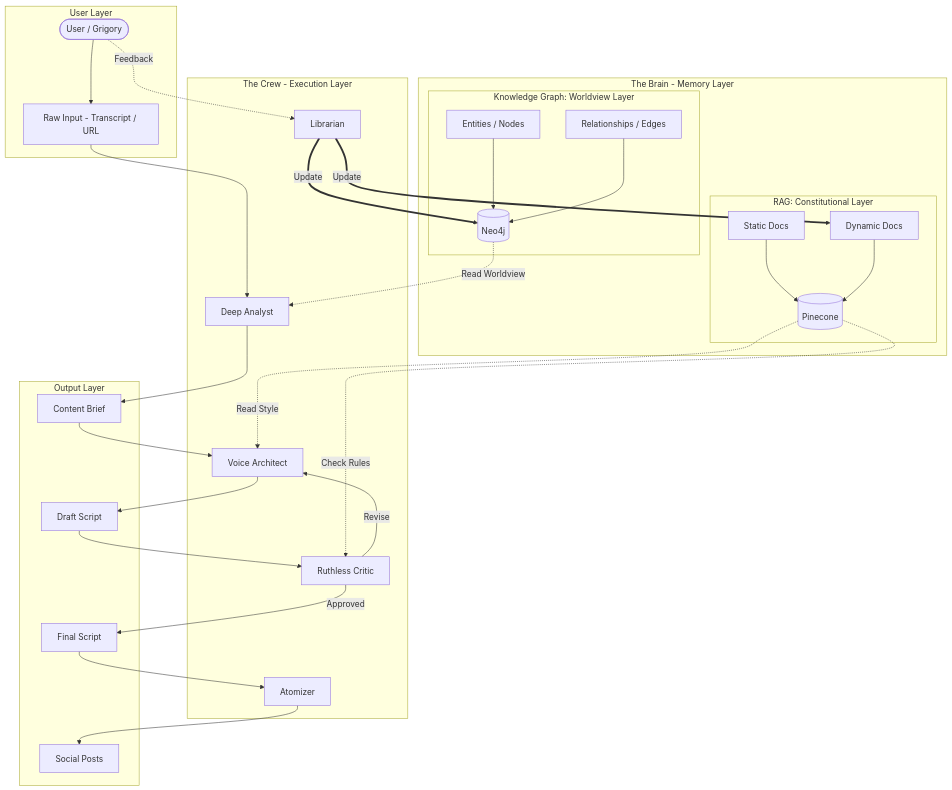
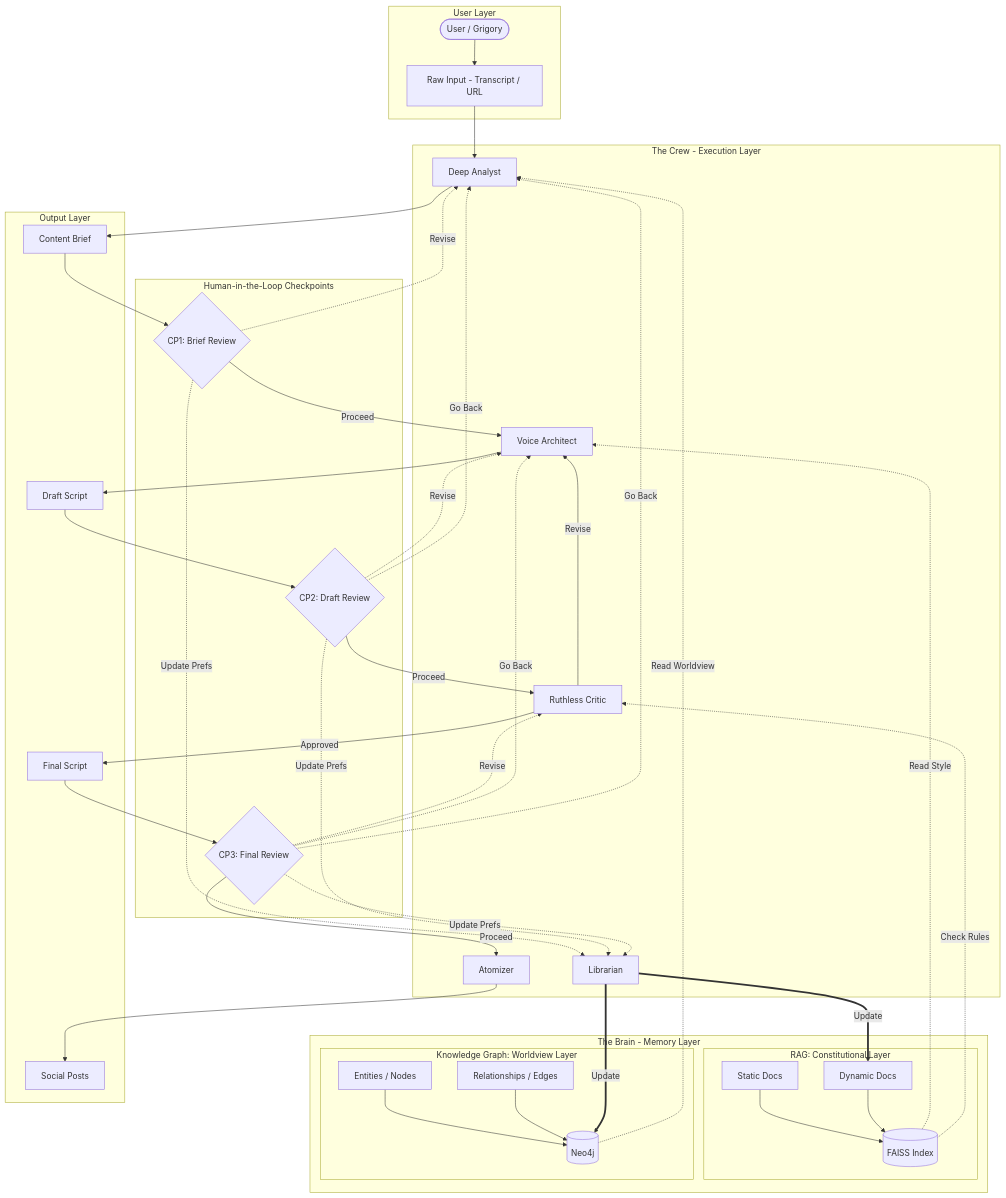
The diagram in pragmatic_content_factory/target_solution_architecture.md (gregorysharkov/script_writer_agent), drawn with Mermaid before and after one commit. The commit also changed other lines of this file and 4 other files, not shown here.

Commit message:
feat: replace Pinecone with FAISS for vector storage and introduce human-in-the-loop checkpoints in the content generation pipeline

````diff
--- a/pragmatic_content_factory/target_solution_architecture.md
+++ b/pragmatic_content_factory/target_solution_architecture.md
@@ -19,58 +19,81 @@
 ```mermaid
 flowchart TB
     subgraph UserLayer [User Layer]
         User([User / Grigory])
         Input[Raw Input - Transcript / URL]
     end
 
     subgraph BrainLayer [The Brain - Memory Layer]
         subgraph RAG [RAG: Constitutional Layer]
-            Pinecone[(Pinecone)]
+            FAISS[(FAISS Index)]
             StaticDocs[Static Docs]
             DynamicDocs[Dynamic Docs]
-            StaticDocs --> Pinecone
-            DynamicDocs --> Pinecone
+            StaticDocs --> FAISS
+            DynamicDocs --> FAISS
         end
         
         subgraph KG [Knowledge Graph: Worldview Layer]
             Neo4j[(Neo4j)]
             Entities[Entities / Nodes]
             Relations[Relationships / Edges]
             Entities --> Neo4j
             Relations --> Neo4j
         end
     end
 
     subgraph CrewLayer [The Crew - Execution Layer]
         Analyst[Deep Analyst]
         Writer[Voice Architect]
         Critic[Ruthless Critic]
         Atomizer[Atomizer]
         Librarian[Librarian]
     end
 
     subgraph OutputLayer [Output Layer]
         Brief[Content Brief]
         Draft[Draft Script]
         Final[Final Script]
         Social[Social Posts]
     end
 
+    subgraph CheckpointLayer [Human-in-the-Loop Checkpoints]
+        CP1{CP1: Brief Review}
+        CP2{CP2: Draft Review}
+        CP3{CP3: Final Review}
+    end
+
     User --> Input
     Input --> Analyst
     Neo4j -.->|Read Worldview| Analyst
     Analyst --> Brief
-    Brief --> Writer
-    Pinecone -.->|Read Style| Writer
+    Brief --> CP1
+    
+    CP1 -->|Proceed| Writer
+    CP1 -.->|Revise| Analyst
+    CP1 -.->|Update Prefs| Librarian
+    
+    FAISS -.->|Read Style| Writer
     Writer --> Draft
-    Draft --> Critic
-    Pinecone -.->|Check Rules| Critic
+    Draft --> CP2
+    
+    CP2 -->|Proceed| Critic
+    CP2 -.->|Revise| Writer
+    CP2 -.->|Go Back| Analyst
+    CP2 -.->|Update Prefs| Librarian
+    
+    FAISS -.->|Check Rules| Critic
     Critic -->|Revise| Writer
     Critic -->|Approved| Final
-    Final --> Atomizer
+    Final --> CP3
+    
+    CP3 -->|Proceed| Atomizer
+    CP3 -.->|Revise| Critic
+    CP3 -.->|Go Back| Writer
+    CP3 -.->|Go Back| Analyst
+    CP3 -.->|Update Prefs| Librarian
+    
     Atomizer --> Social
     
-    User -.->|Feedback| Librarian
     Librarian ==>|Update| DynamicDocs
     Librarian ==>|Update| Neo4j
 ```
````
